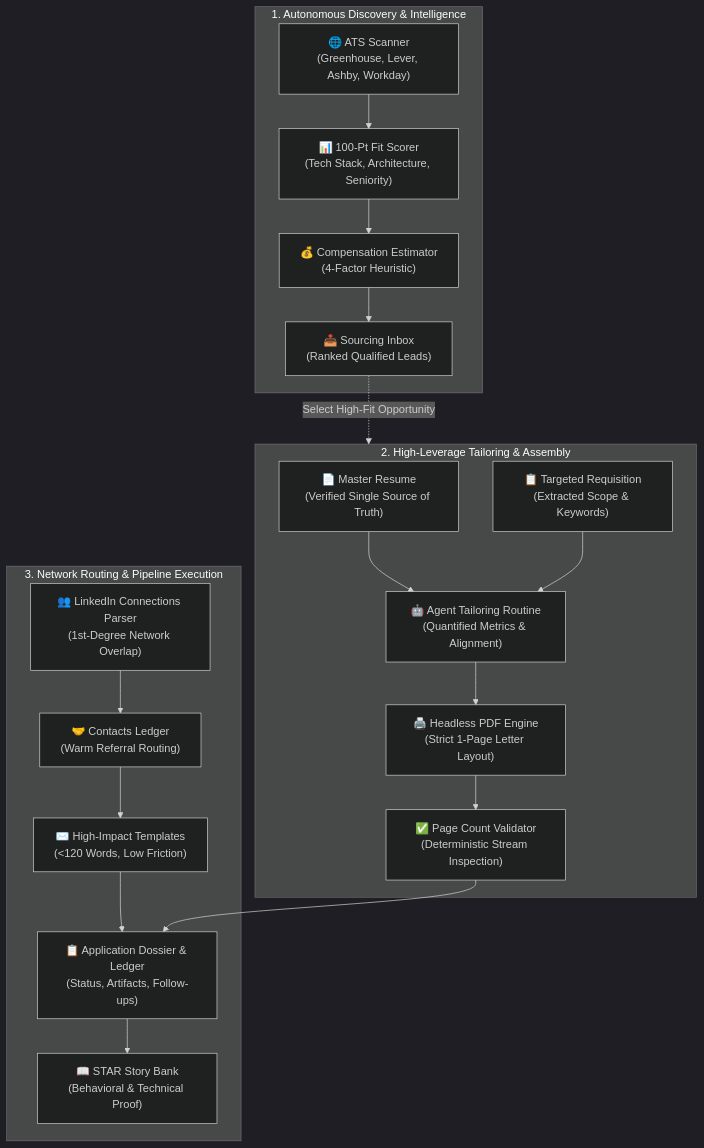
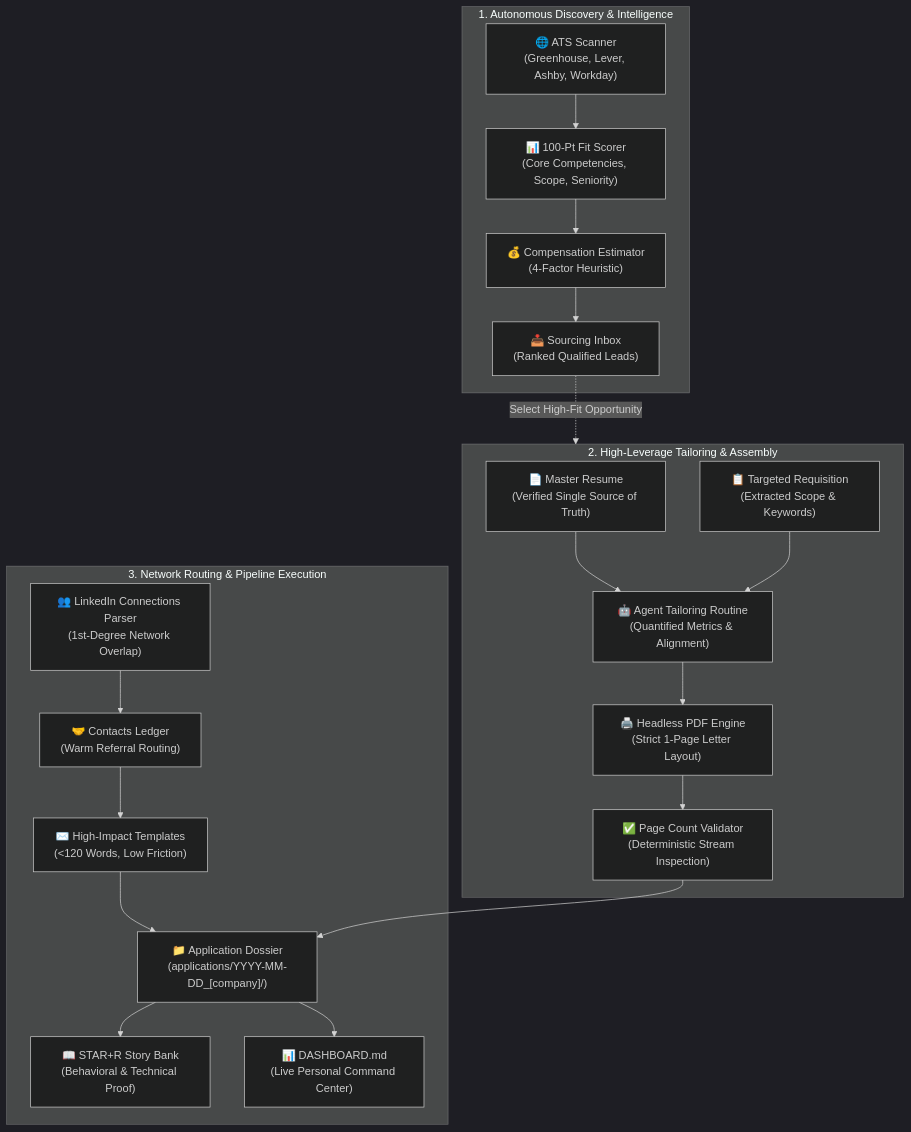
Before and after one commit to clangdanggames/agentic-career-engine: the diagram in README.md, drawn with Mermaid (dark theme). The commit also changed other lines of this file and 10 other files, not shown here.

Commit message:
feat: formalize application dossier standard, separate DASHBOARD.md, and elevate STAR+R workflows

````diff
--- a/README.md
+++ b/README.md
@@ -25,40 +26,42 @@
 ```mermaid
 graph TD
     subgraph Discovery [1. Autonomous Discovery & Intelligence]
         ATS["🌐 ATS Scanner\n(Greenhouse, Lever, Ashby, Workday)"]
-        Scorer["📊 100-Pt Fit Scorer\n(Tech Stack, Architecture, Seniority)"]
+        Scorer["📊 100-Pt Fit Scorer\n(Core Competencies, Scope, Seniority)"]
         Comp["💰 Compensation Estimator\n(4-Factor Heuristic)"]
         Inbox["📥 Sourcing Inbox\n(Ranked Qualified Leads)"]
         
         ATS --> Scorer
         Scorer --> Comp
         Comp --> Inbox
     end
 
     subgraph Preparation [2. High-Leverage Tailoring & Assembly]
         MasterResume["📄 Master Resume\n(Verified Single Source of Truth)"]
         JD["📋 Targeted Requisition\n(Extracted Scope & Keywords)"]
         Tailor["🤖 Agent Tailoring Routine\n(Quantified Metrics & Alignment)"]
         PDF["🖨️ Headless PDF Engine\n(Strict 1-Page Letter Layout)"]
         Validator["✅ Page Count Validator\n(Deterministic Stream Inspection)"]
         
         MasterResume & JD --> Tailor
         Tailor --> PDF
         PDF --> Validator
     end
 
     subgraph Activation [3. Network Routing & Pipeline Execution]
         LinkedIn["👥 LinkedIn Connections Parser\n(1st-Degree Network Overlap)"]
         Contacts["🤝 Contacts Ledger\n(Warm Referral Routing)"]
         Outreach["✉️ High-Impact Templates\n(<120 Words, Low Friction)"]
-        Ledger["📋 Application Dossier & Ledger\n(Status, Artifacts, Follow-ups)"]
-        STAR["📖 STAR Story Bank\n(Behavioral & Technical Proof)"]
+        Dossier["📁 Application Dossier\n(applications/YYYY-MM-DD_[company]/)"]
+        STAR["📖 STAR+R Story Bank\n(Behavioral & Technical Proof)"]
+        Dash["📊 DASHBOARD.md\n(Live Personal Command Center)"]
         
         LinkedIn --> Contacts
         Contacts --> Outreach
-        Outreach & Validator --> Ledger
-        Ledger --> STAR
+        Outreach & Validator --> Dossier
+        Dossier --> STAR
+        Dossier --> Dash
     end
 
     Inbox -.->|Select High-Fit Opportunity| Preparation
 ```
````
